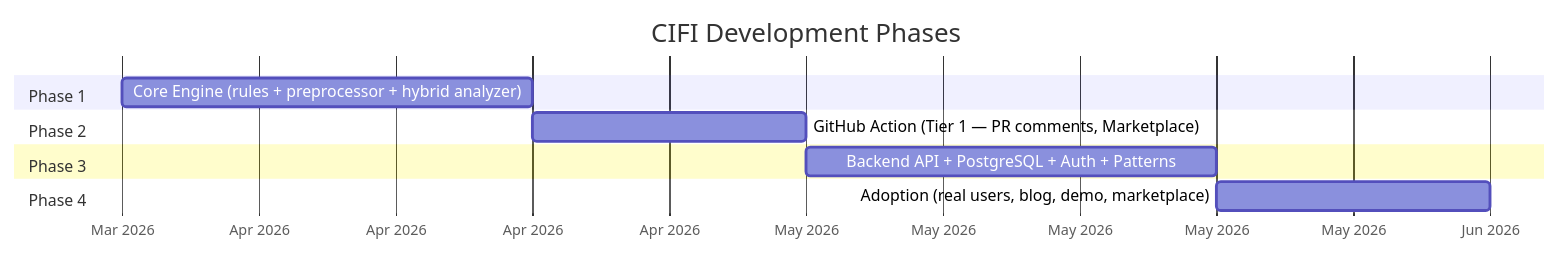
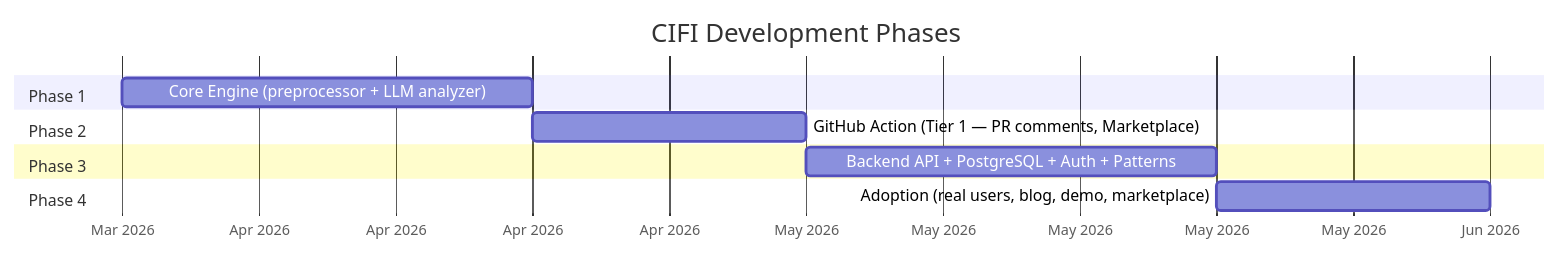
The third of 3 diagrams in docs/NORTH_STAR.md (alihaidar2950/cifi), drawn with Mermaid before and after one commit. The commit also changed other lines of this file and 18 other files, not shown here.

````diff
--- a/docs/NORTH_STAR.md
+++ b/docs/NORTH_STAR.md
@@ -203,18 +196,18 @@
 ```mermaid
 gantt
     title CIFI Development Phases
     dateFormat YYYY-MM-DD
     axisFormat %b %Y
 
     section Phase 1
-    Core Engine (rules + preprocessor + hybrid analyzer)    :p1, 2026-03-29, 21d
+    Core Engine (preprocessor + LLM analyzer)    :p1, 2026-03-29, 21d
 
     section Phase 2
     GitHub Action (Tier 1 — PR comments, Marketplace)       :p2, after p1, 14d
 
     section Phase 3
     Backend API + PostgreSQL + Auth + Patterns               :p3, after p2, 21d
 
     section Phase 4
     Adoption (real users, blog, demo, marketplace)           :p4, after p3, 14d
 ```
````
